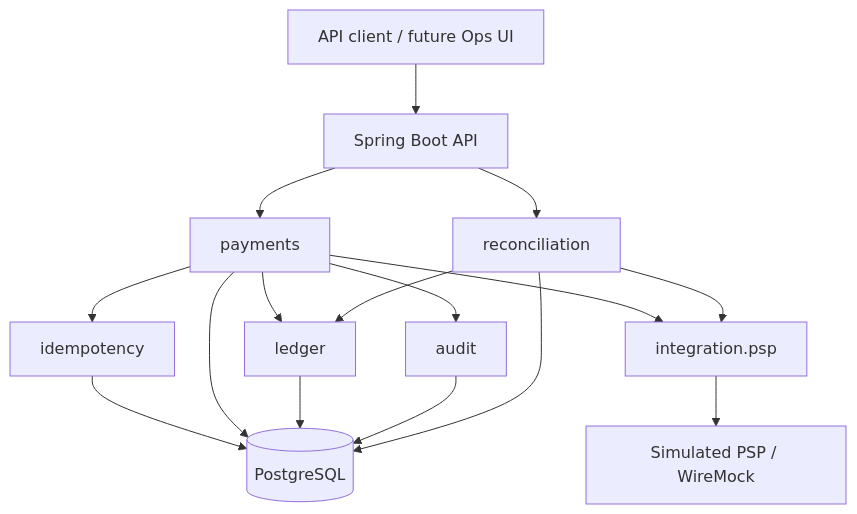
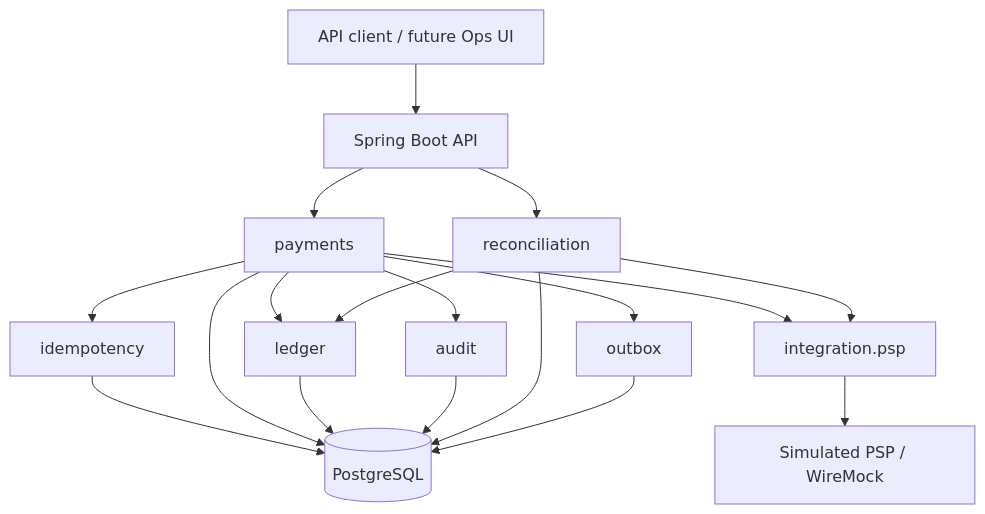
One commit to vinicius-ssantos/sentinel-ledger changed the diagram in README.md. Above: the diagram before and after it, drawn with Mermaid. The commit also changed other lines of this file and 25 other files, not shown here.

````diff
--- a/README.md
+++ b/README.md
@@ -123,18 +125,20 @@
 ```mermaid
 flowchart TD
     Client["API client / future Ops UI"] --> API["Spring Boot API"]
     API --> Payments["payments"]
     API --> Reconciliation["reconciliation"]
     Payments --> Idempotency["idempotency"]
     Payments --> PSP["integration.psp"]
     Payments --> Ledger["ledger"]
     Payments --> Audit["audit"]
+    Payments --> Outbox["outbox"]
     Reconciliation --> PSP
     Reconciliation --> Ledger
     Idempotency --> DB[("PostgreSQL")]
     Payments --> DB
     Ledger --> DB
     Audit --> DB
     Reconciliation --> DB
+    Outbox --> DB
     PSP --> Fake["Simulated PSP / WireMock"]
 ```
````
